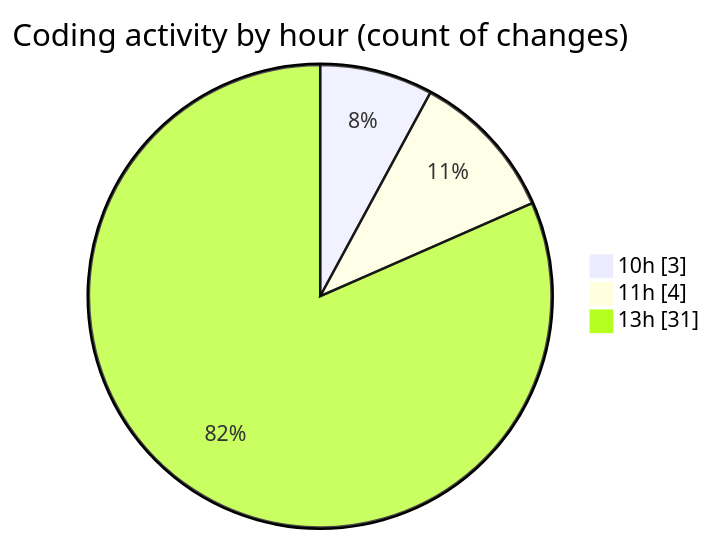
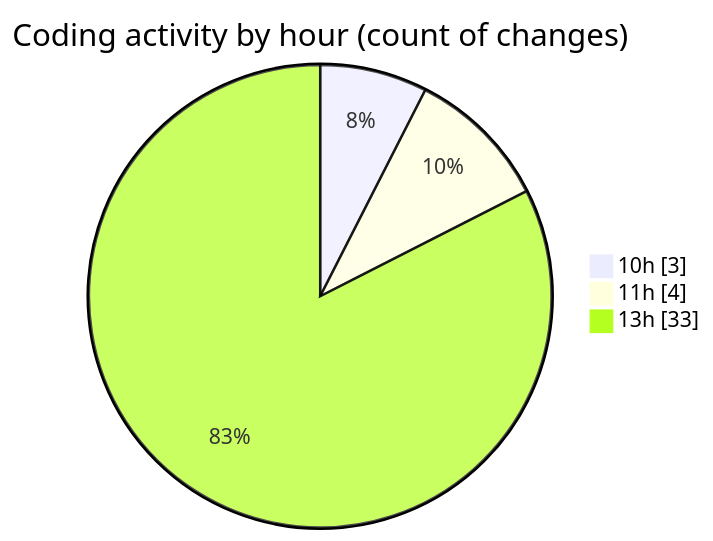
The second of 2 diagrams in 2025-08-14/cda/README.md (momahboobian/code-tracking), drawn with Mermaid before and after one commit. The commit also changed other lines of this file and 1 other file, not shown here.

````diff
--- a/2025-08-14/cda/README.md
+++ b/2025-08-14/cda/README.md
@@ -45,7 +46,7 @@
 ```mermaid
 pie showData
 title Coding activity by hour (count of changes)
 "10h" : 3
 "11h" : 4
-"13h" : 31
+"13h" : 33
 ```
````
